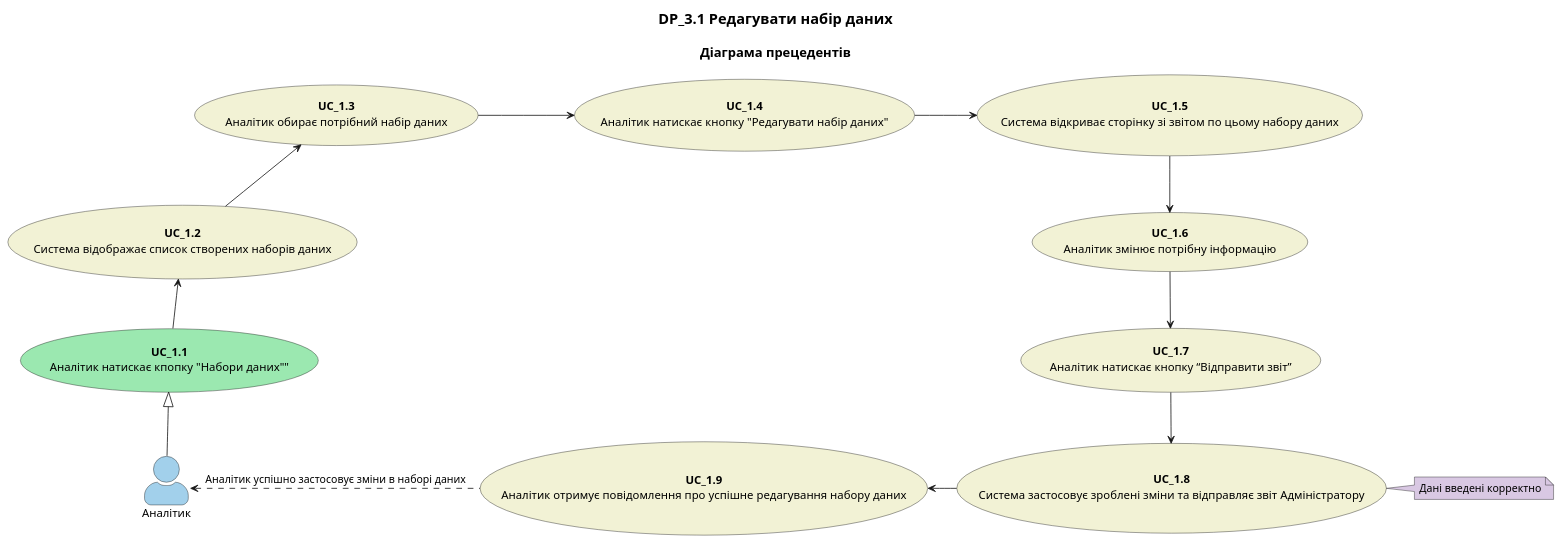
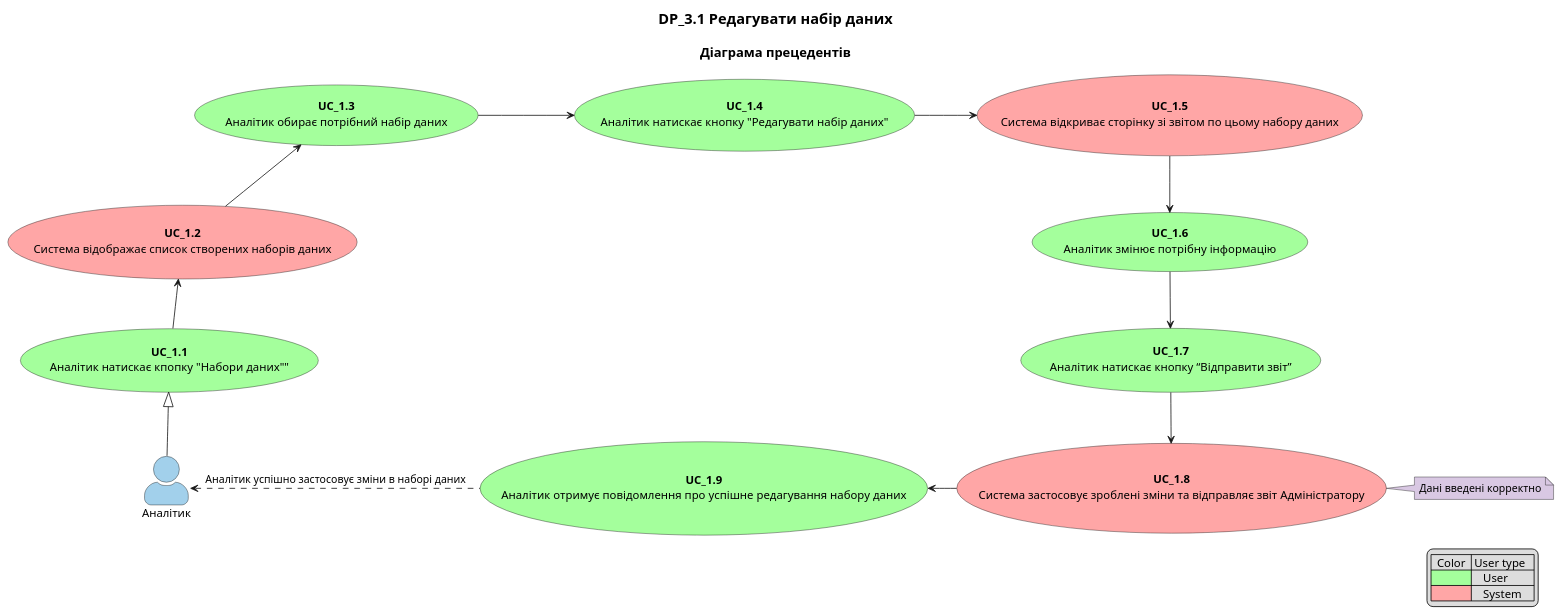
One commit to YanPetrov7/DB_REST_API changed diagram 14 of 16 in docs/use cases/README.md. Above: the diagram before and after it, drawn with PlantUML. The commit also changed other lines of this file, not shown here.

Commit message:
docs: use cases colors & legend

```diff
--- a/docs/use cases/README.md
+++ b/docs/use cases/README.md
@@ -687,37 +735,43 @@
 @startuml
 
     title
         <font size=18 color=black>DP_3.1 Редагувати набір даних
 
         <font size=16 color=black>Діаграма прецедентів
     end title
 
+    legend right
+    |  Color  | User type   |
+    |<#a4ff9c>|    User     |
+    |<#ffa6a6>|    System   |
+    endlegend
+
     skinparam actorStyle awesome
 
     actor "Аналітик" as Analyst #a2d0eb
 
-    usecase "<b>UC_1.1</b>\nАналітик натискає кпопку "Набори даних""" as S1 #9be8b0
-    usecase "<b>UC_1.2</b>\nСистема відображає список створених наборів даних" as S2 #f2f2d5
-    usecase "<b>UC_1.3</b>\nАналітик обирає потрібний набір даних" as S3 #f2f2d5
-    usecase "<b>UC_1.4</b>\nАналітик натискає кнопку "Редагувати набір даних"" as S4 #f2f2d5
-    usecase "<b>UC_1.5</b>\nСистема відкриває сторінку зі звітом по цьому набору даних" as S5 #f2f2d5
-    usecase "<b>UC_1.6</b>\nАналітик змінює потрібну інформацію" as S6 #f2f2d5
-    usecase "<b>UC_1.7</b>\nАналітик натискає кнопку “Відправити звіт”" as S7 #f2f2d5
-    usecase "<b>UC_1.8</b>\nСистема застосовує зроблені зміни та відправляє звіт Адміністратору" as S8 #f2f2d5
-    usecase "<b>UC_1.9</b>\nАналітик отримує повідомлення про успішне редагування набору даних" as S9 #f2f2d5
+    usecase "<b>UC_1.1</b>\nАналітик натискає кпопку "Набори даних""" as S1 #a4ff9c
+    usecase "<b>UC_1.2</b>\nСистема відображає список створених наборів даних" as S2 #ffa6a6
+    usecase "<b>UC_1.3</b>\nАналітик обирає потрібний набір даних" as S3 #a4ff9c
+    usecase "<b>UC_1.4</b>\nАналітик натискає кнопку "Редагувати набір даних"" as S4 #a4ff9c
+    usecase "<b>UC_1.5</b>\nСистема відкриває сторінку зі звітом по цьому набору даних" as S5 #ffa6a6
+    usecase "<b>UC_1.6</b>\nАналітик змінює потрібну інформацію" as S6 #a4ff9c
+    usecase "<b>UC_1.7</b>\nАналітик натискає кнопку “Відправити звіт”" as S7 #a4ff9c
+    usecase "<b>UC_1.8</b>\nСистема застосовує зроблені зміни та відправляє звіт Адміністратору" as S8 #ffa6a6
+    usecase "<b>UC_1.9</b>\nАналітик отримує повідомлення про успішне редагування набору даних" as S9 #a4ff9c
 
     note "Дані введені корректно" as EX1 #d9c8e3
 
     Analyst -up-|> S1
     S1 -up-> S2
     S2 -up-> S3
     S3 -right-> S4
     S4 -right-> S5
     S5 -down-> S6
     S6 -down-> S7
     S7 -down-> S8
     S8 -right-> EX1
     S8 -left-> S9
     S9 -left.> Analyst: Аналітик успішно застосовує зміни в наборі даних
     
 @enduml
```
